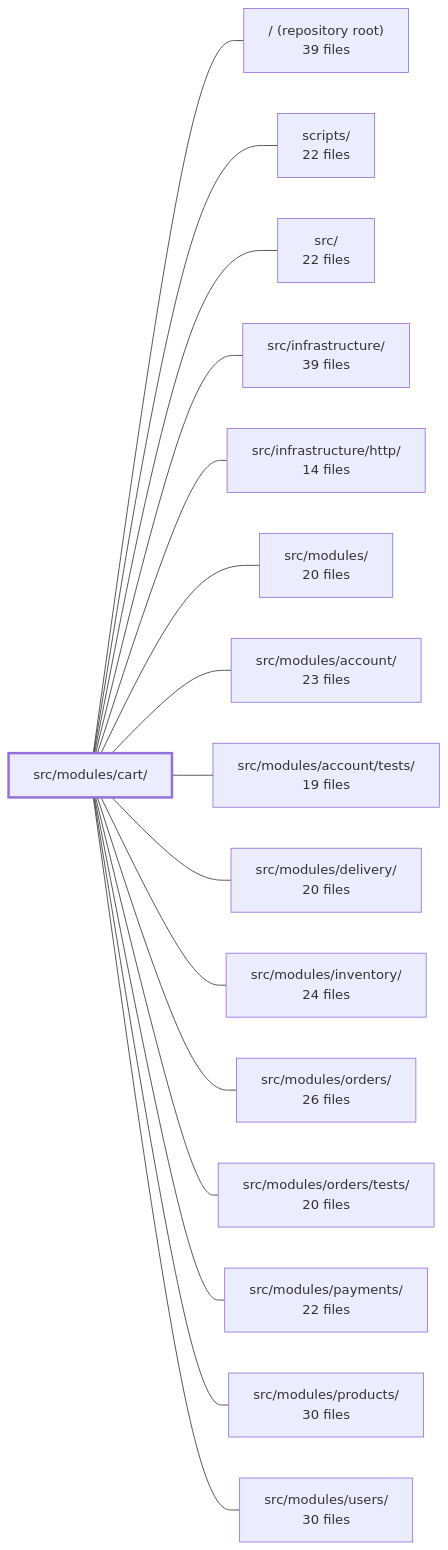
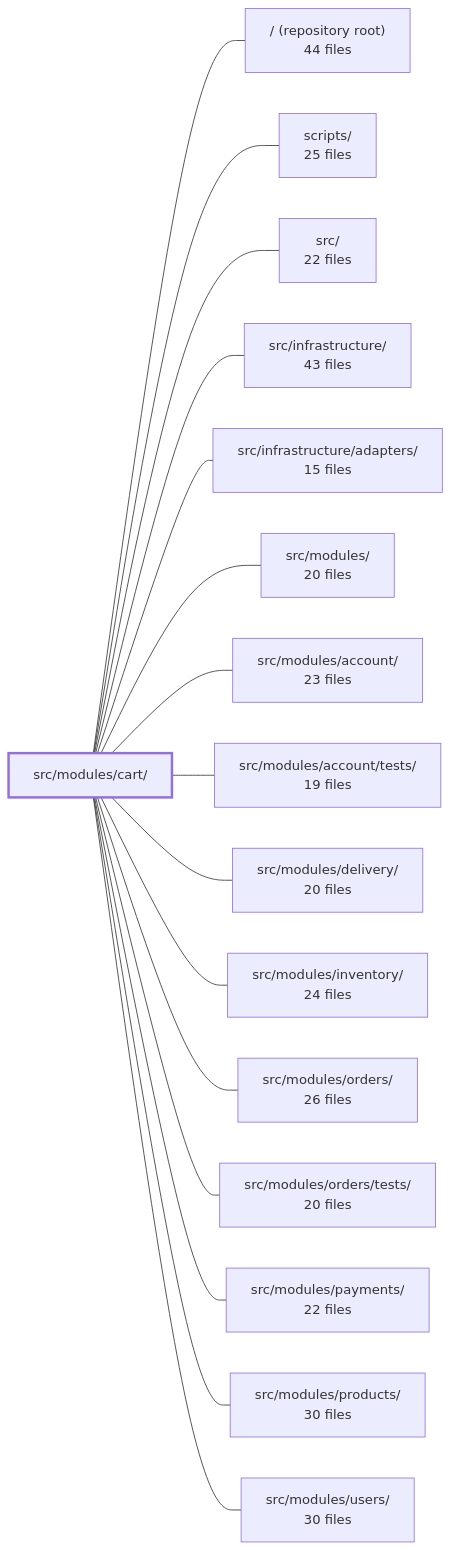
The diagram in .2repo/modules/boilerplate-node-backend_src_modules_cart.md (Guebbit/boilerplate-node-backend), drawn with Mermaid before and after one commit. The commit also changed other lines of this file and 625 other files, not shown here.

````diff
--- a/.2repo/modules/boilerplate-node-backend_src_modules_cart.md
+++ b/.2repo/modules/boilerplate-node-backend_src_modules_cart.md
@@ -43,35 +46,35 @@
 ```mermaid
 flowchart LR
     m_src_modules_cart["src/modules/cart/"]
-    m_root["/ (repository root)<br/>39 files"]
-    m_scripts["scripts/<br/>22 files"]
+    m_root["/ (repository root)<br/>44 files"]
+    m_scripts["scripts/<br/>25 files"]
     m_src["src/<br/>22 files"]
-    m_src_infrastructure["src/infrastructure/<br/>39 files"]
-    m_src_infrastructure_http["src/infrastructure/http/<br/>14 files"]
+    m_src_infrastructure["src/infrastructure/<br/>43 files"]
+    m_src_infrastructure_adapters["src/infrastructure/adapters/<br/>15 files"]
     m_src_modules["src/modules/<br/>20 files"]
     m_src_modules_account["src/modules/account/<br/>23 files"]
     m_src_modules_account_tests["src/modules/account/tests/<br/>19 files"]
     m_src_modules_delivery["src/modules/delivery/<br/>20 files"]
     m_src_modules_inventory["src/modules/inventory/<br/>24 files"]
     m_src_modules_orders["src/modules/orders/<br/>26 files"]
     m_src_modules_orders_tests["src/modules/orders/tests/<br/>20 files"]
     m_src_modules_payments["src/modules/payments/<br/>22 files"]
     m_src_modules_products["src/modules/products/<br/>30 files"]
     m_src_modules_users["src/modules/users/<br/>30 files"]
     m_src_modules_cart --- m_root
     m_src_modules_cart --- m_scripts
     m_src_modules_cart --- m_src
     m_src_modules_cart --- m_src_infrastructure
-    m_src_modules_cart --- m_src_infrastructure_http
+    m_src_modules_cart --- m_src_infrastructure_adapters
     m_src_modules_cart --- m_src_modules
     m_src_modules_cart --- m_src_modules_account
     m_src_modules_cart --- m_src_modules_account_tests
     m_src_modules_cart --- m_src_modules_delivery
     m_src_modules_cart --- m_src_modules_inventory
     m_src_modules_cart --- m_src_modules_orders
     m_src_modules_cart --- m_src_modules_orders_tests
     m_src_modules_cart --- m_src_modules_payments
     m_src_modules_cart --- m_src_modules_products
     m_src_modules_cart --- m_src_modules_users
     style m_src_modules_cart stroke-width:3px
 ```
````
